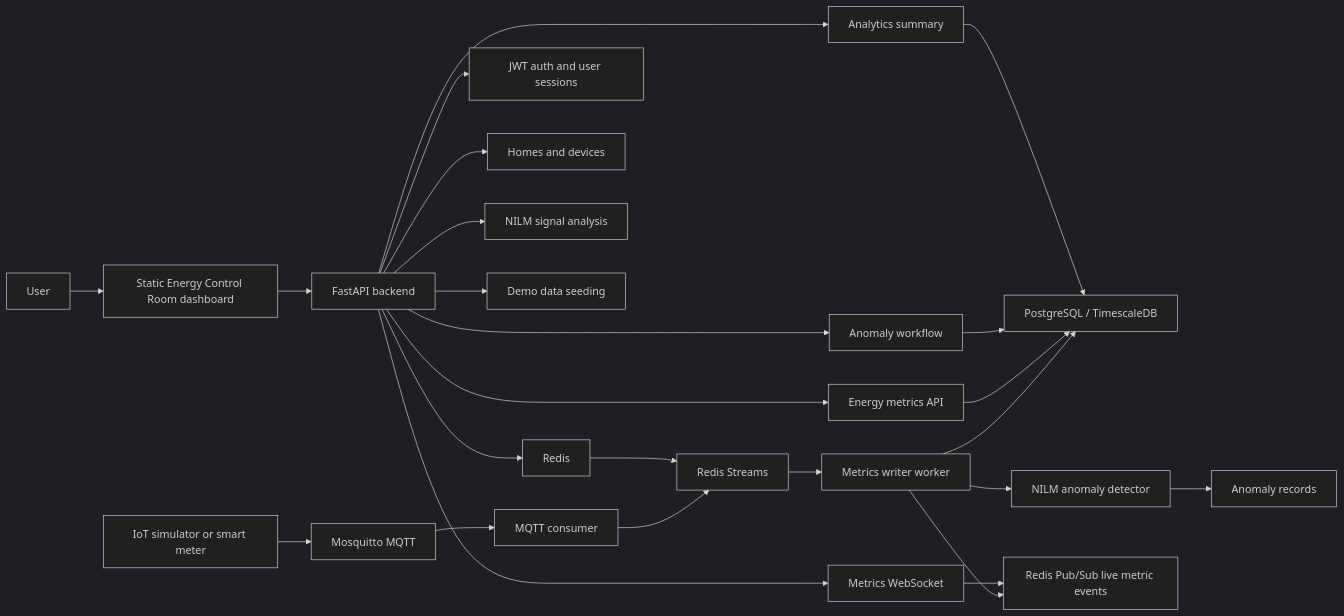
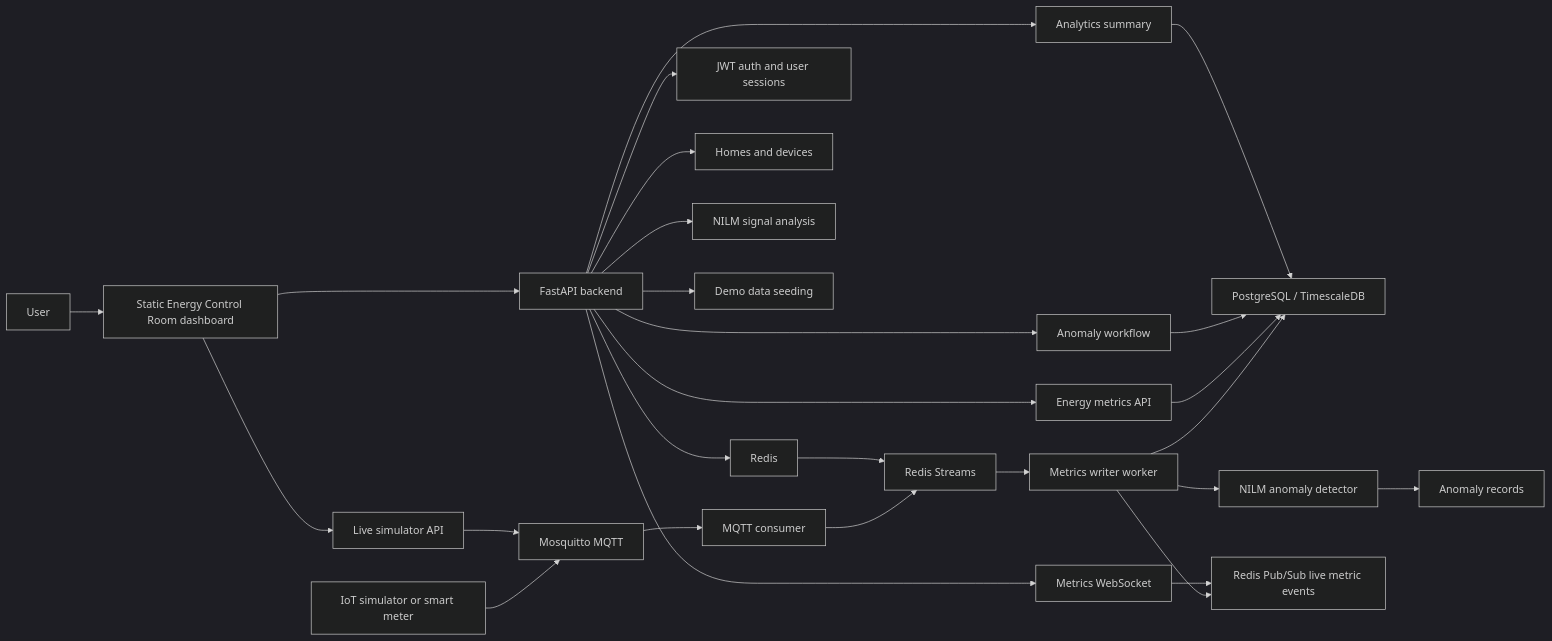
The diagram in README.md (bondikk/nilm-energy-analytics-platform), drawn with Mermaid (dark theme) before and after one commit. The commit also changed other lines of this file and 9 other files, not shown here.

Commit message:
feat: add live MQTT simulator

````diff
--- a/README.md
+++ b/README.md
@@ -62,28 +62,30 @@
 ```mermaid
 flowchart LR
   Simulator["IoT simulator or smart meter"] --> MQTT["Mosquitto MQTT"]
+  Frontend --> SimAPI["Live simulator API"]
+  SimAPI --> MQTT
   MQTT --> Consumer["MQTT consumer"]
   Consumer --> Stream["Redis Streams"]
   Stream --> Writer["Metrics writer worker"]
   Writer --> DB["PostgreSQL / TimescaleDB"]
   Writer --> Detector["NILM anomaly detector"]
   Detector --> AnomaliesDB["Anomaly records"]
   Writer --> LiveBus["Redis Pub/Sub live metric events"]
 
   User["User"] --> Frontend["Static Energy Control Room dashboard"]
   Frontend --> API["FastAPI backend"]
   API --> WS["Metrics WebSocket"]
   WS --> LiveBus
   API --> Auth["JWT auth and user sessions"]
   API --> Homes["Homes and devices"]
   API --> Metrics["Energy metrics API"]
   API --> Anomalies["Anomaly workflow"]
   API --> Analytics["Analytics summary"]
   API --> NILM["NILM signal analysis"]
   API --> Demo["Demo data seeding"]
   Metrics --> DB
   Anomalies --> DB
   Analytics --> DB
   API --> Redis["Redis"]
   Redis --> Stream
 ```
````
